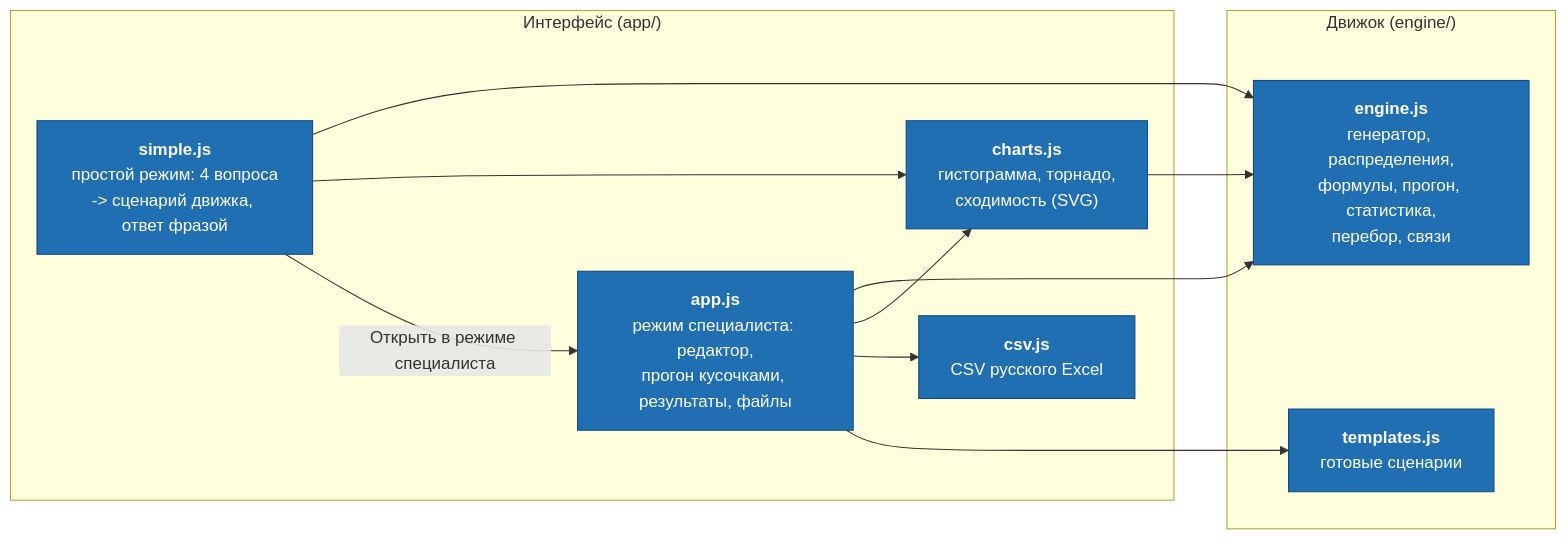
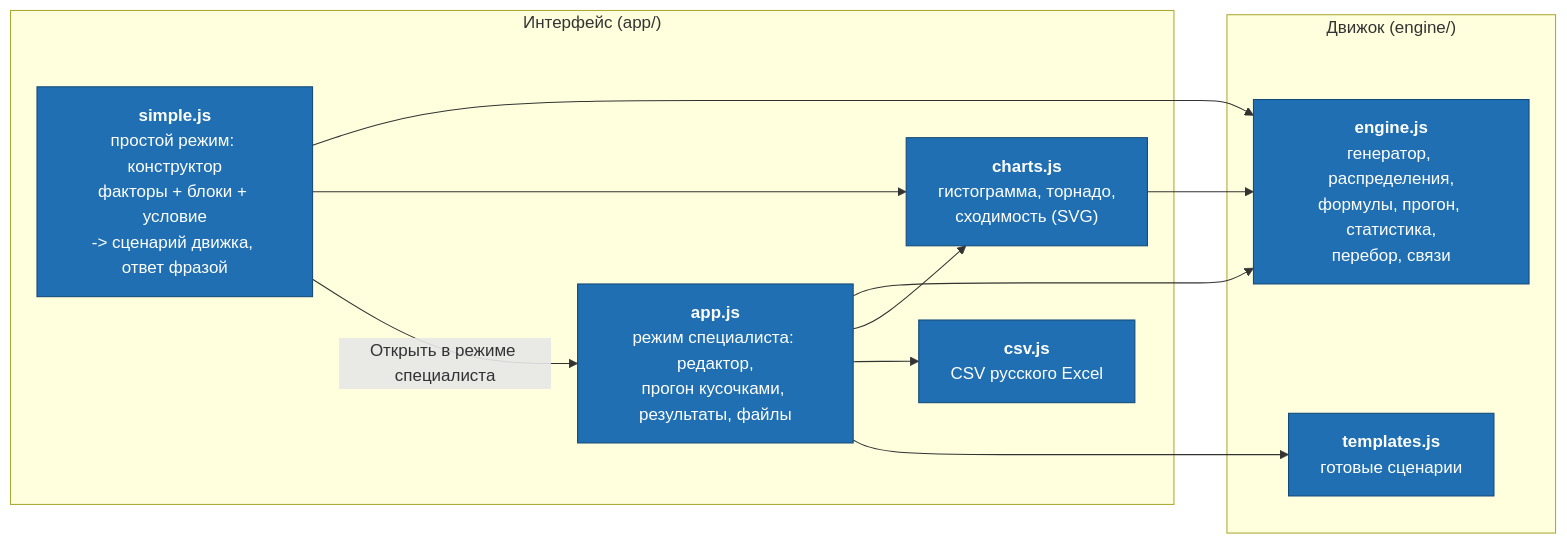
One commit to maksim-121/probability-analyzer changed the third of 3 diagrams in docs/архитектура.md. Above: the diagram before and after it, drawn with Mermaid. The commit also changed other lines of this file and 7 other files, not shown here.

First line of the commit message:
Простой режим v4: универсальный конструктор

````diff
--- a/docs/архитектура.md
+++ b/docs/архитектура.md
@@ -71,24 +71,24 @@
 ```mermaid
 flowchart LR
     subgraph ui["Интерфейс (app/)"]
-        simple["<b>simple.js</b><br/>простой режим: 4 вопроса<br/>-> сценарий движка, ответ фразой"]
+        simple["<b>simple.js</b><br/>простой режим: конструктор<br/>факторы + блоки + условие<br/>-> сценарий движка, ответ фразой"]
         app["<b>app.js</b><br/>режим специалиста: редактор,<br/>прогон кусочками, результаты, файлы"]
         charts["<b>charts.js</b><br/>гистограмма, торнадо,<br/>сходимость (SVG)"]
         csv["<b>csv.js</b><br/>CSV русского Excel"]
     end
     subgraph core["Движок (engine/)"]
         eng["<b>engine.js</b><br/>генератор, распределения,<br/>формулы, прогон, статистика,<br/>перебор, связи"]
         tpl["<b>templates.js</b><br/>готовые сценарии"]
     end
     simple --> eng
     simple --> charts
     simple -->|"Открыть в режиме специалиста"| app
     app --> eng
     app --> charts
     app --> csv
     app --> tpl
     charts --> eng
 
     classDef comp fill:#1f6fb2,stroke:#134a7a,color:#ffffff
     class simple,app,charts,csv,eng,tpl comp
 ```
````
